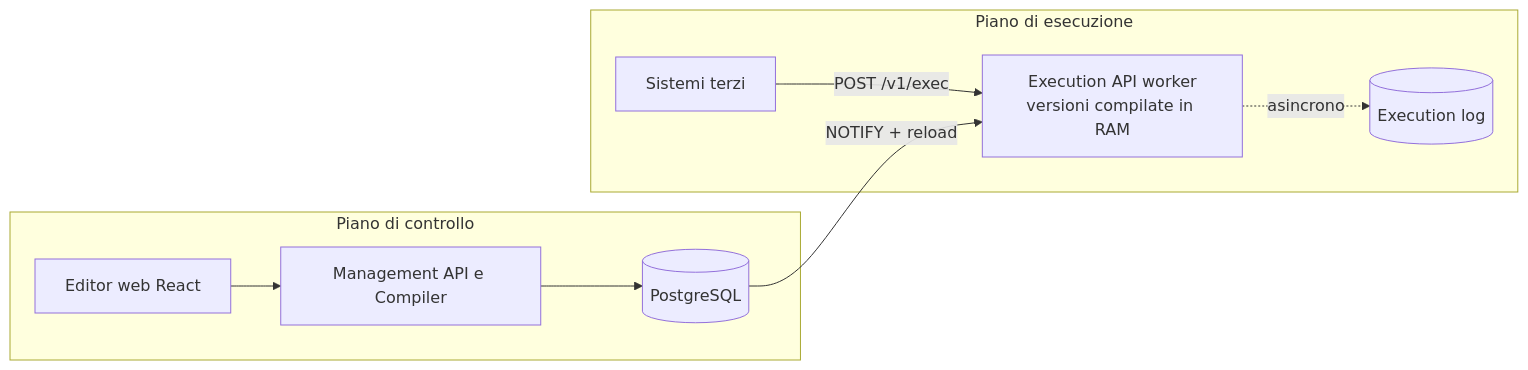
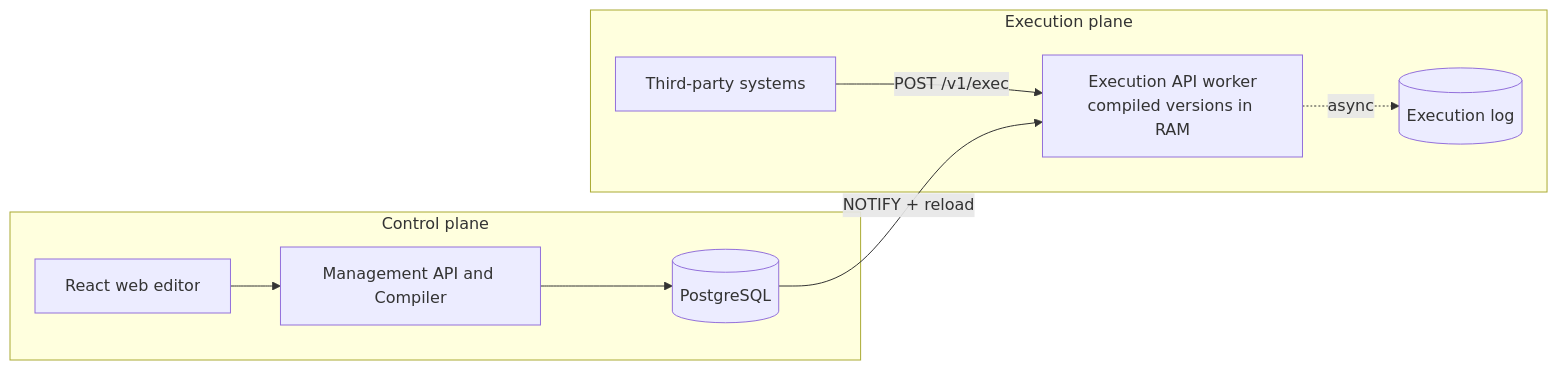
The first of 2 diagrams in docs/spec.md (albegali/minos), drawn with Mermaid before and after one commit. The commit also changed other lines of this file and 22 other files, not shown here.

````diff
--- a/docs/spec.md
+++ b/docs/spec.md
@@ -159,12 +159,12 @@
 ```mermaid
 flowchart LR
-  subgraph CP[Piano di controllo]
-    ED[Editor web React] --> MG[Management API e Compiler]
+  subgraph CP[Control plane]
+    ED[React web editor] --> MG[Management API and Compiler]
     MG --> PG[(PostgreSQL)]
   end
-  subgraph EP[Piano di esecuzione]
-    EXT[Sistemi terzi] -- POST /v1/exec --> WK[Execution API worker<br/>versioni compilate in RAM]
-    WK -. asincrono .-> LOG[(Execution log)]
+  subgraph EP[Execution plane]
+    EXT[Third-party systems] -- POST /v1/exec --> WK[Execution API worker<br/>compiled versions in RAM]
+    WK -. async .-> LOG[(Execution log)]
   end
   PG -- NOTIFY + reload --> WK
 ```
````
